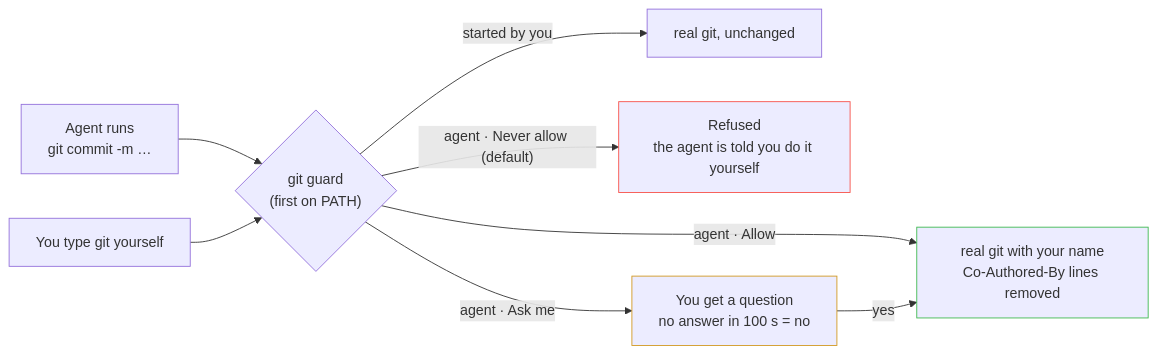
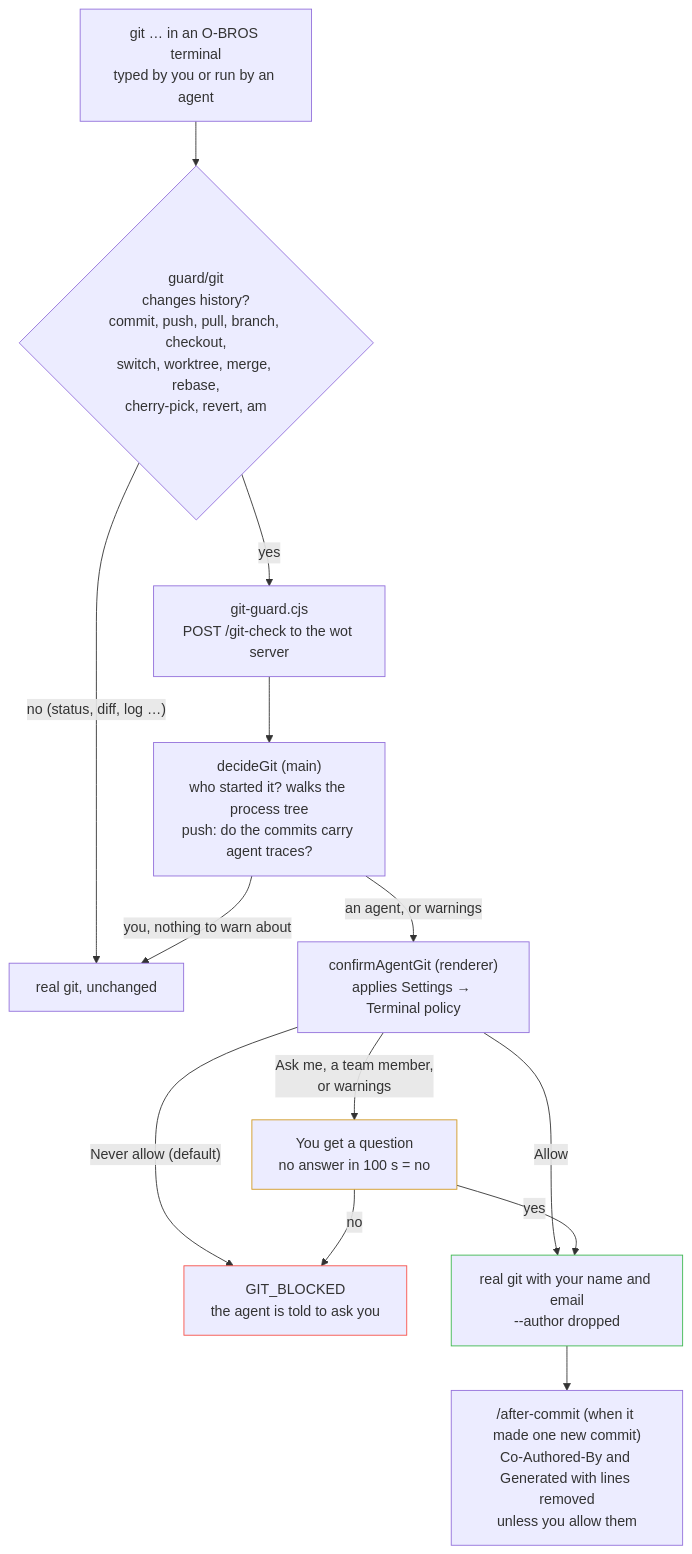
The sixth of 9 diagrams in docs/ARCHITECTURE.md (Lio3307/O-Bros), drawn with Mermaid before and after one commit. The commit also changed other lines of this file, not shown here.

First line of the commit message:
Explain the architecture with diagrams

````diff
--- a/docs/ARCHITECTURE.md
+++ b/docs/ARCHITECTURE.md
@@ -135,14 +163,21 @@
 ```mermaid
-flowchart LR
-    AG["Agent runs<br/>git commit -m …"] --> GG{"git guard<br/>(first on PATH)"}
-    YOU["You type git yourself"] --> GG
-    GG -- "started by you" --> REAL["real git, unchanged"]
-    GG -- "agent · Never allow (default)" --> NO["Refused<br/>the agent is told you do it yourself"]
-    GG -- "agent · Ask me" --> ASK["You get a question<br/>no answer in 100 s = no"]
-    GG -- "agent · Allow" --> OK["real git with your name<br/>Co-Authored-By lines removed"]
+flowchart TB
+    CMD["git … in an O-BROS terminal<br/>typed by you or run by an agent"] --> SHIM{"guard/git<br/>changes history?<br/>commit, push, pull, branch, checkout,<br/>switch, worktree, merge, rebase,<br/>cherry-pick, revert, am"}
+    SHIM -- "no (status, diff, log …)" --> REAL["real git, unchanged"]
+    SHIM -- "yes" --> GJS["git-guard.cjs<br/>POST /git-check to the wot server"]
+
+    GJS --> DEC["decideGit (main)<br/>who started it? walks the process tree<br/>push: do the commits carry agent traces?"]
+    DEC -- "you, nothing to warn about" --> REAL
+    DEC -- "an agent, or warnings" --> UI["confirmAgentGit (renderer)<br/>applies Settings → Terminal policy"]
+
+    UI -- "Never allow (default)" --> NO["GIT_BLOCKED<br/>the agent is told to ask you"]
+    UI -- "Ask me, a team member,<br/>or warnings" --> ASK["You get a question<br/>no answer in 100 s = no"]
+    UI -- "Allow" --> OK["real git with your name and email<br/>--author dropped"]
     ASK -- "yes" --> OK
+    ASK -- "no" --> NO
+    OK --> AFTER["/after-commit (when it made one new commit)<br/>Co-Authored-By and Generated with lines removed<br/>unless you allow them"]
 
     style NO stroke:#f85149
     style ASK stroke:#d29922
     style OK stroke:#3fb950
 ```
````
